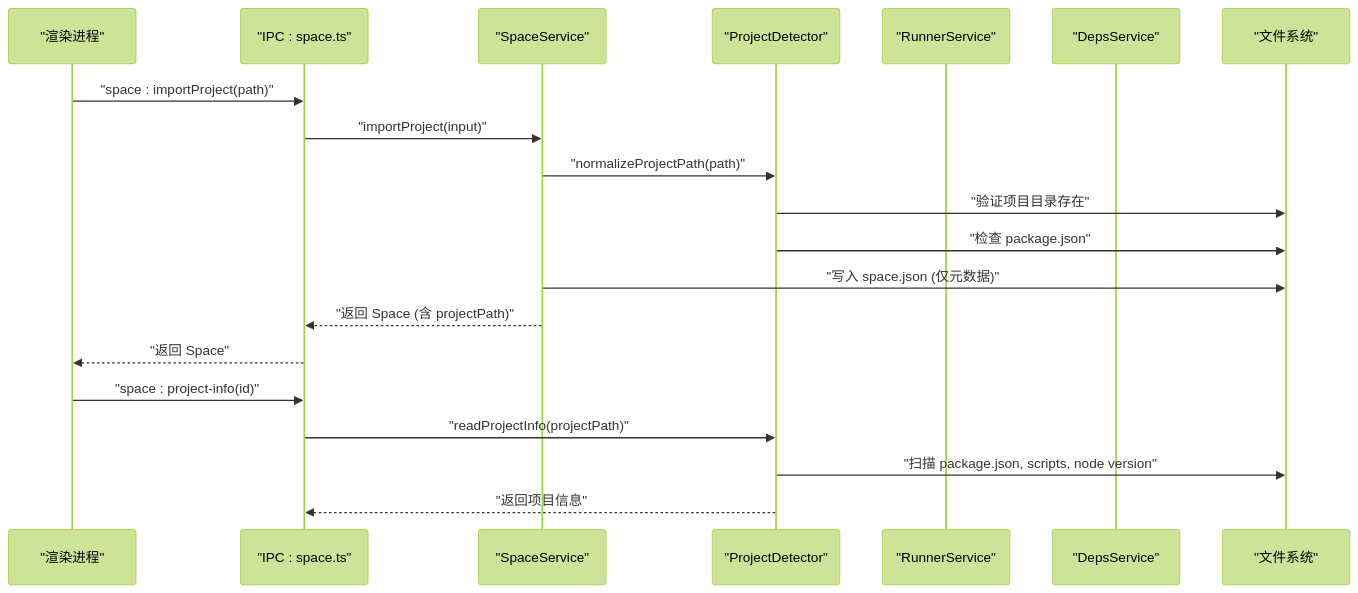
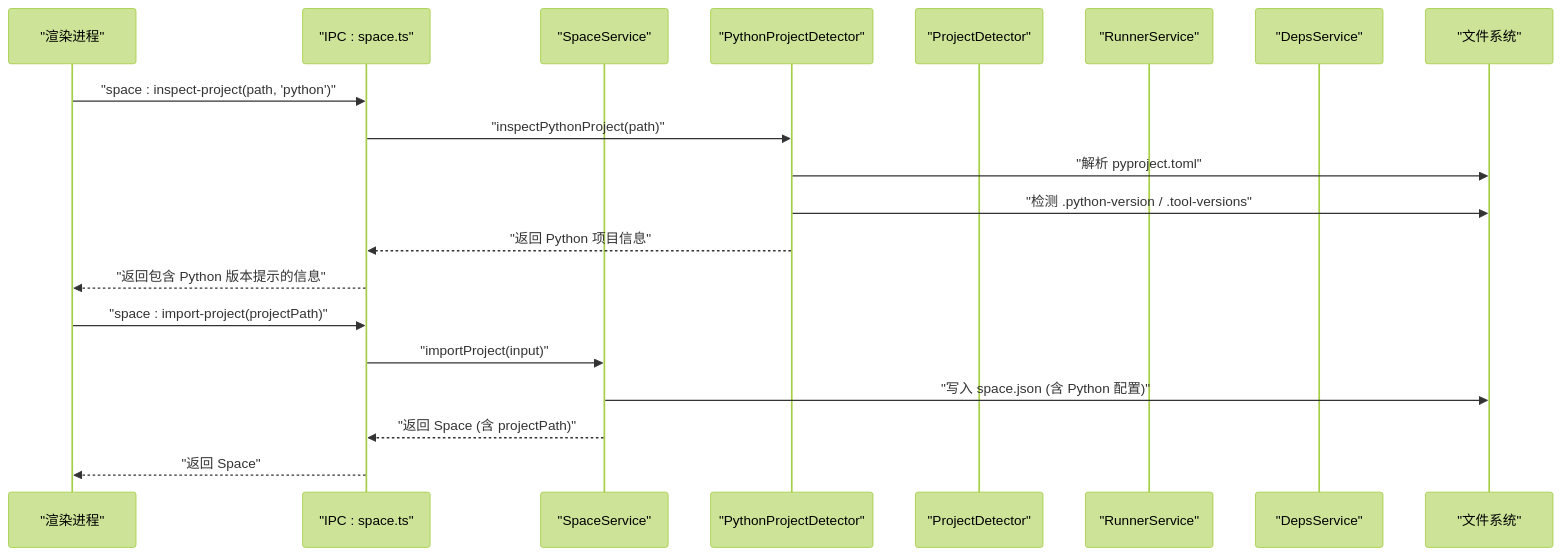
One commit to hozeeee/script-box changed the second of 13 diagrams in .qoder/repowiki/zh/content/核心服务层/Space 服务（项目空间管理）.md. Above: the diagram before and after it, drawn with Mermaid (forest theme). The commit also changed other lines of this file and 6 other files, not shown here.

````diff
--- a/.qoder/repowiki/zh/content/核心服务层/Space 服务（项目空间管理）.md
+++ b/.qoder/repowiki/zh/content/核心服务层/Space 服务（项目空间管理）.md
@@ -120,22 +133,22 @@
 ```mermaid
 sequenceDiagram
 participant UI as "渲染进程"
 participant IPC as "IPC : space.ts"
 participant Svc as "SpaceService"
+participant PyProj as "PythonProjectDetector"
 participant Proj as "ProjectDetector"
 participant Run as "RunnerService"
 participant Deps as "DepsService"
 participant FS as "文件系统"
-UI->>IPC : "space : importProject(path)"
+UI->>IPC : "space : inspect-project(path, 'python')"
+IPC->>PyProj : "inspectPythonProject(path)"
+PyProj->>FS : "解析 pyproject.toml"
+PyProj->>FS : "检测 .python-version / .tool-versions"
+PyProj-->>IPC : "返回 Python 项目信息"
+IPC-->>UI : "返回包含 Python 版本提示的信息"
+UI->>IPC : "space : import-project(projectPath)"
 IPC->>Svc : "importProject(input)"
-Svc->>Proj : "normalizeProjectPath(path)"
-Proj->>FS : "验证项目目录存在"
-Proj->>FS : "检查 package.json"
-Svc->>FS : "写入 space.json (仅元数据)"
+Svc->>FS : "写入 space.json (含 Python 配置)"
 Svc-->>IPC : "返回 Space (含 projectPath)"
 IPC-->>UI : "返回 Space"
-UI->>IPC : "space : project-info(id)"
-IPC->>Proj : "readProjectInfo(projectPath)"
-Proj->>FS : "扫描 package.json, scripts, node version"
-Proj-->>IPC : "返回项目信息"
 ```
````
